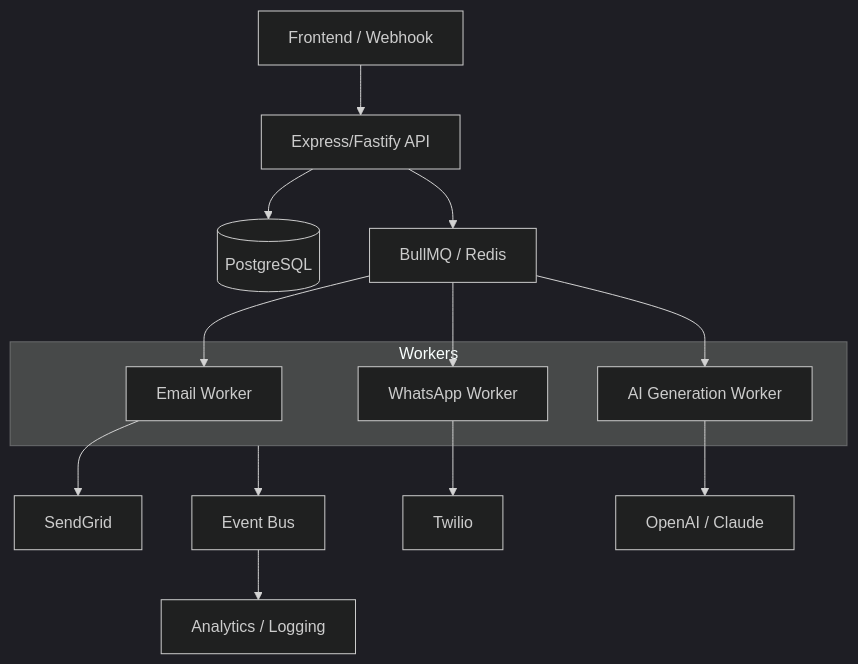
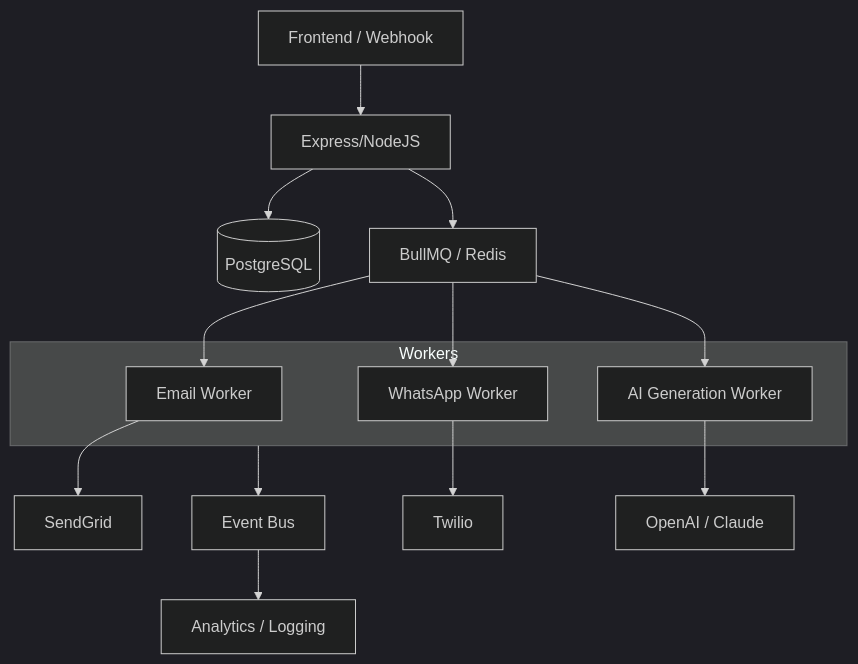
One commit to shoaibnoor95/Salespad changed the diagram in ARCHITECTURE.md. Above: the diagram before and after it, drawn with Mermaid (dark theme). The commit also changed other lines of this file and 9 other files, not shown here.

Commit message:
feat: Implement LeadService with unit and API tests, and enhance architecture documentation with multi-channel strategy and diagram.

````diff
--- a/ARCHITECTURE.md
+++ b/ARCHITECTURE.md
@@ -50,23 +60,23 @@
 ```mermaid
 graph TD
-    Client[Frontend / Webhook] --> API[Express/Fastify API]
+    Client[Frontend / Webhook] --> API[Express/NodeJS]
     API --> DB[(PostgreSQL)]
     API --> Queue[BullMQ / Redis]
     
     subgraph Workers
         EmailWorker[Email Worker]
         WAWorker[WhatsApp Worker]
         AIWorker[AI Generation Worker]
     end
     
     Queue --> EmailWorker
     Queue --> WAWorker
     Queue --> AIWorker
     
     AIWorker --> LLM[OpenAI / Claude]
     EmailWorker --> SendGrid
     WAWorker --> Twilio
     
     EventBus[Event Bus] --> History[Analytics / Logging]
     Workers --> EventBus
 ```
````
